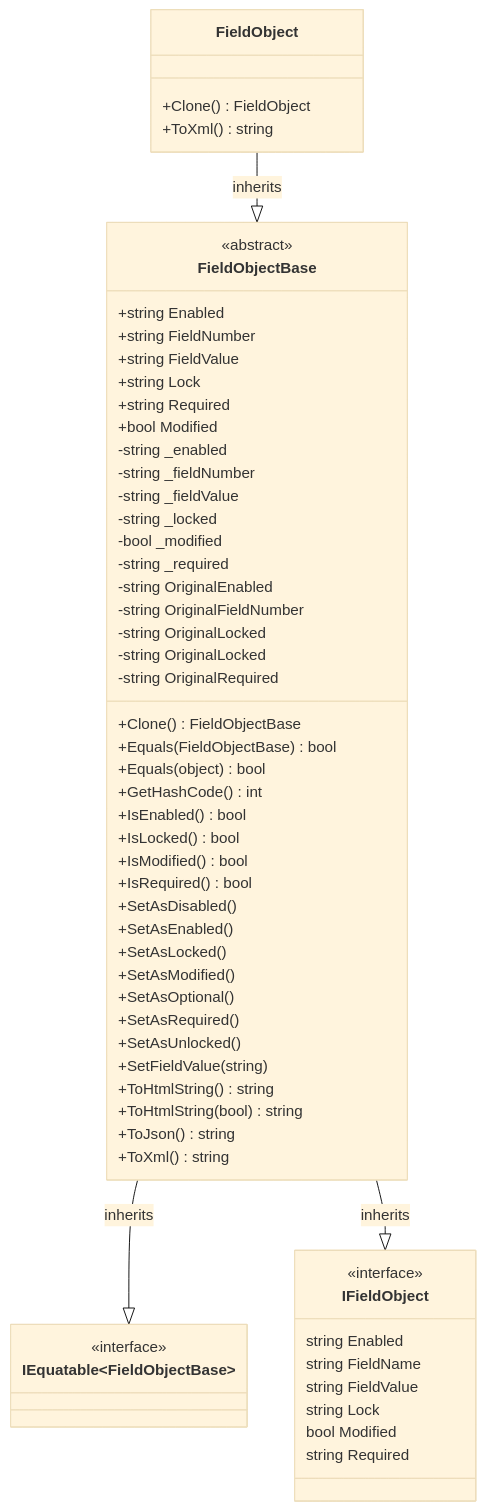
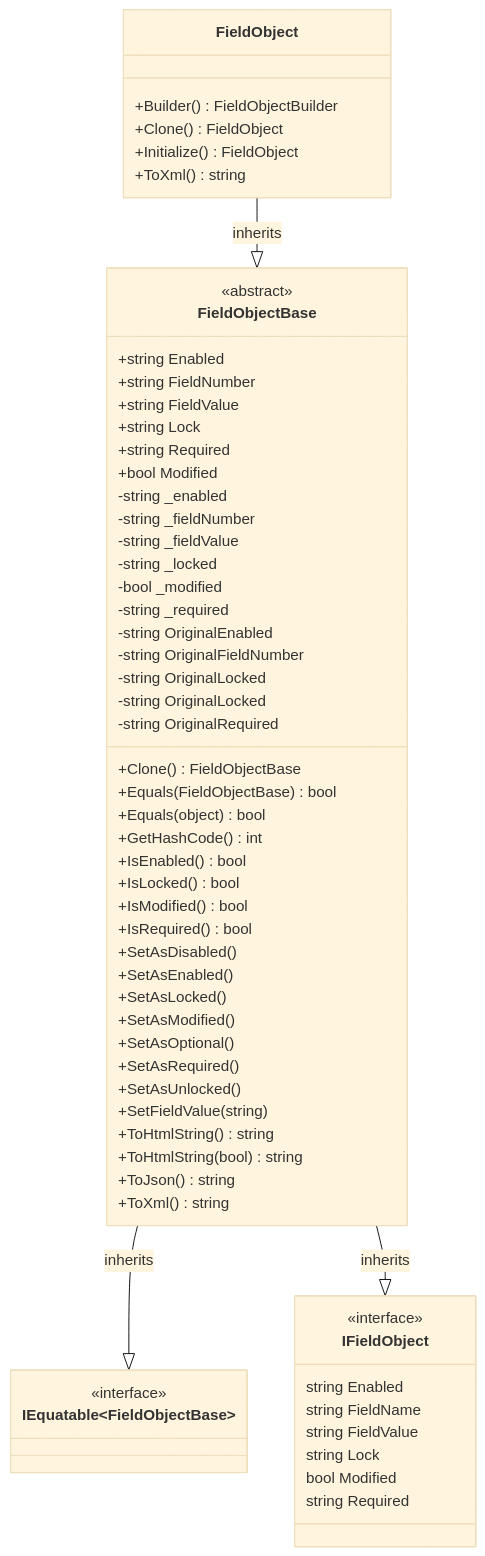
The second of 2 diagrams in docs/docs/dotnet/data-model/fieldobject.mdx (rarelysimple/RarelySimple.AvatarScriptLink), drawn with Mermaid (base theme) before and after one commit. The commit also changed other lines of this file and 3 other files, not shown here.

Commit message:
update docs to illustrate RowObjectBuilder

````diff
--- a/docs/docs/dotnet/data-model/fieldobject.mdx
+++ b/docs/docs/dotnet/data-model/fieldobject.mdx
@@ -137,65 +145,67 @@
 ```mermaid
 classDiagram
 class FieldObject {
+    +Builder() FieldObjectBuilder
     +Clone() FieldObject
+    +Initialize() FieldObject
     +ToXml() string
 }
 
 class FieldObjectBase {
     +string Enabled
     +string FieldNumber
     +string FieldValue
     +string Lock
     +string Required
     +bool Modified
     -string _enabled
     -string _fieldNumber
     -string _fieldValue
     -string _locked
     -bool _modified
     -string _required
     -string OriginalEnabled
     -string OriginalFieldNumber
     -string OriginalLocked
     -string OriginalLocked
     -string OriginalRequired
     +Clone() FieldObjectBase
     +Equals(FieldObjectBase) bool
     +Equals(object) bool
     +GetHashCode() int
     +IsEnabled() bool
     +IsLocked() bool
     +IsModified() bool
     +IsRequired() bool
     +SetAsDisabled()
     +SetAsEnabled()
     +SetAsLocked()
     +SetAsModified()
     +SetAsOptional()
     +SetAsRequired()
     +SetAsUnlocked()
     +SetFieldValue(string)
     +ToHtmlString() string
     +ToHtmlString(bool) string
     +ToJson() string
     +ToXml() string
 }
 <<abstract>> FieldObjectBase
 
 class IFieldObject {
     string Enabled
     string FieldName
     string FieldValue
     string Lock
     bool Modified
     string Required
 }
 <<interface>> IFieldObject
 
 class IEquatable~FieldObjectBase~
 <<interface>> IEquatable~FieldObjectBase~
 
 FieldObject --|> FieldObjectBase : inherits
 FieldObjectBase --|> IEquatable~FieldObjectBase~ : inherits
 FieldObjectBase --|> IFieldObject : inherits
 ```
````
